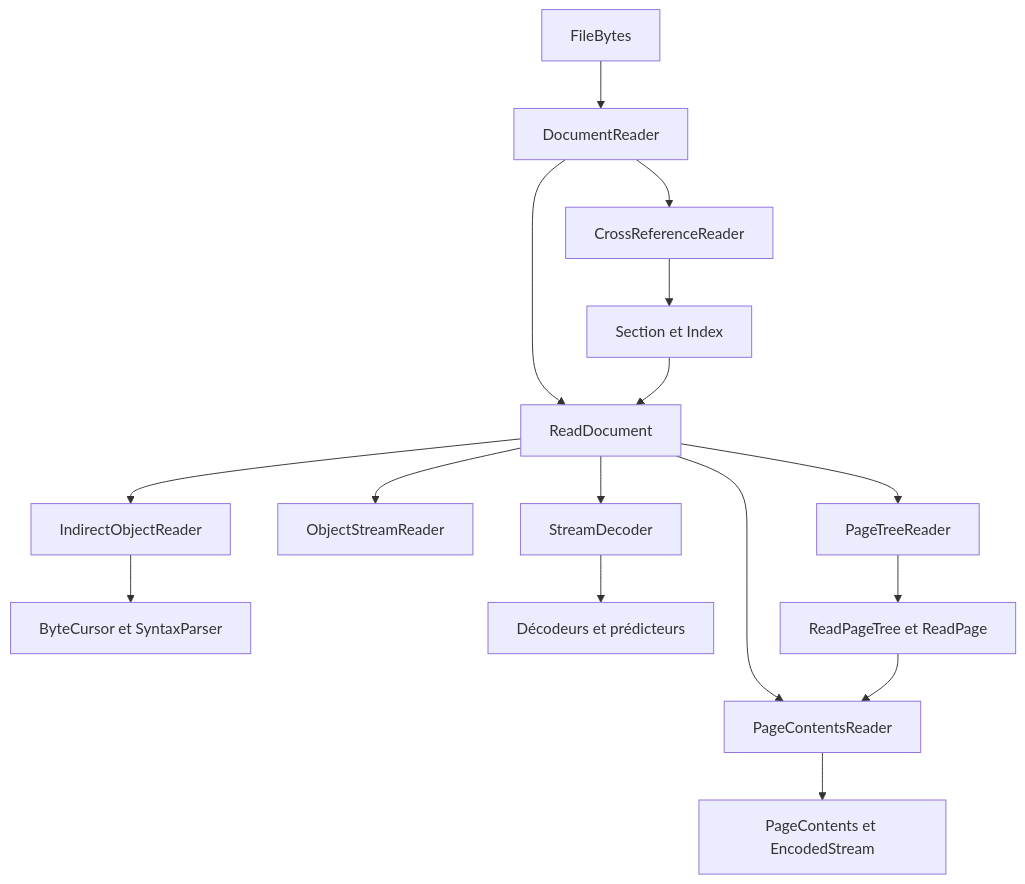
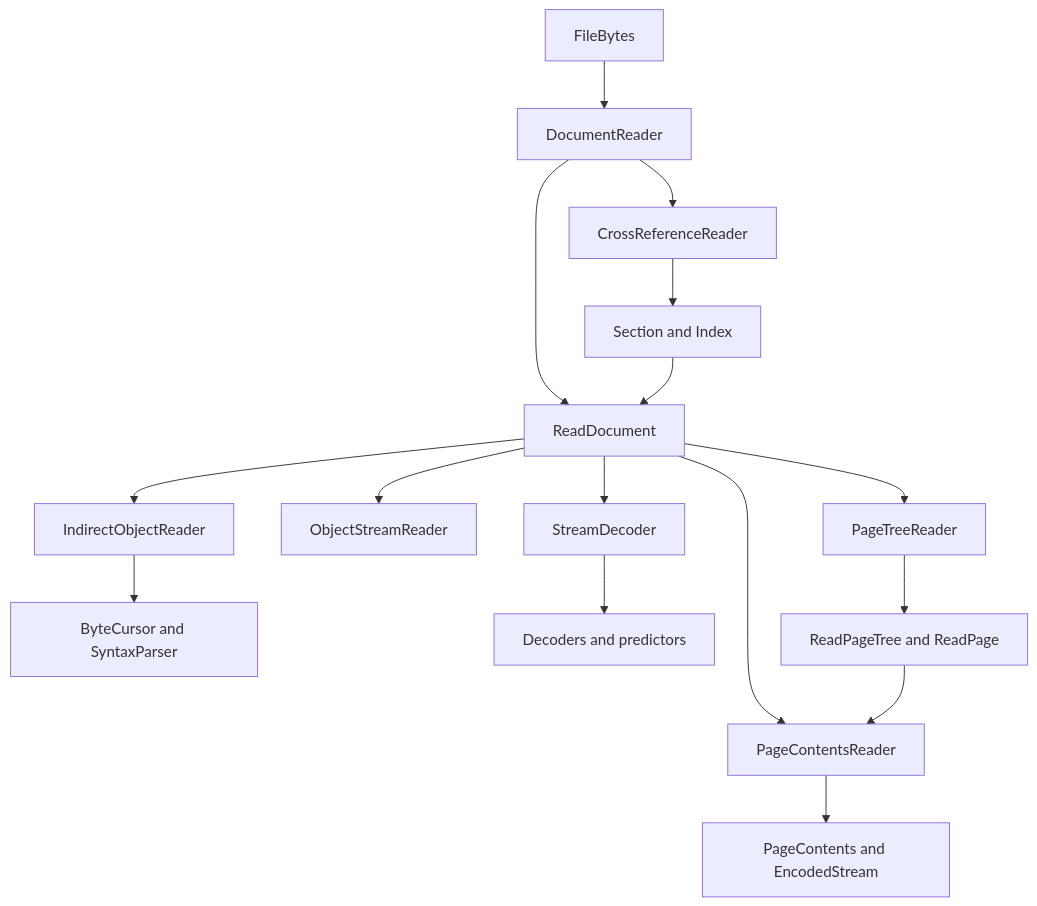
Before and after one commit to PDFToolkit/pdf-reader: the diagram in docs/architecture.md, drawn with Mermaid. The commit also changed other lines of this file and 19 other files, not shown here.

````diff
--- a/docs/architecture.md
+++ b/docs/architecture.md
@@ -30,18 +31,18 @@
 ```mermaid
 flowchart TD
     A[FileBytes] --> B[DocumentReader]
     B --> C[CrossReferenceReader]
-    C --> D[Section et Index]
+    C --> D[Section and Index]
     B --> E[ReadDocument]
     D --> E
     E --> F[IndirectObjectReader]
-    F --> G[ByteCursor et SyntaxParser]
+    F --> G[ByteCursor and SyntaxParser]
     E --> H[ObjectStreamReader]
     E --> I[StreamDecoder]
-    I --> J[Décodeurs et prédicteurs]
+    I --> J[Decoders and predictors]
     E --> K[PageTreeReader]
-    K --> L[ReadPageTree et ReadPage]
+    K --> L[ReadPageTree and ReadPage]
     E --> M[PageContentsReader]
     L --> M
-    M --> N[PageContents et EncodedStream]
+    M --> N[PageContents and EncodedStream]
 ```
````
